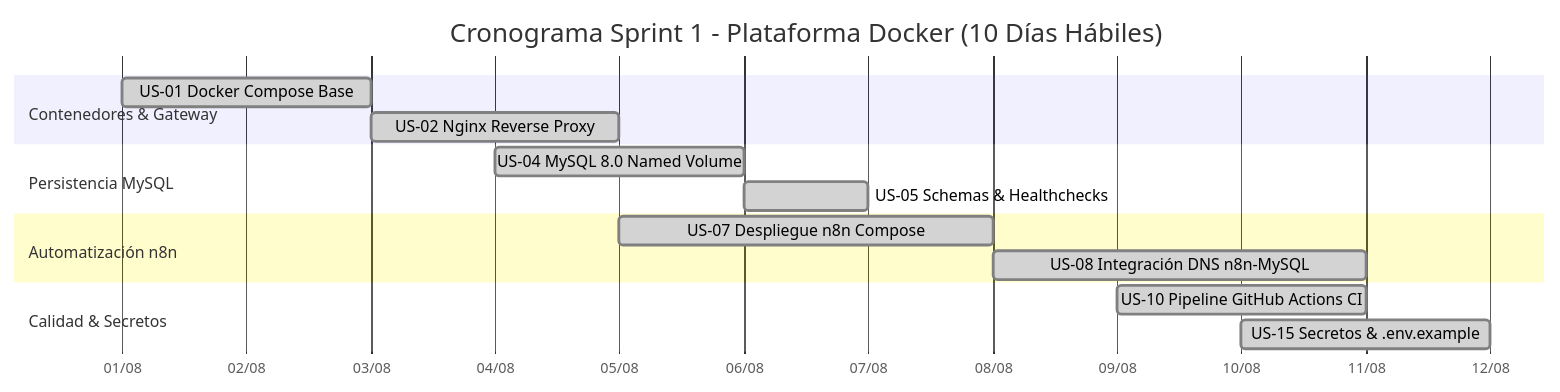
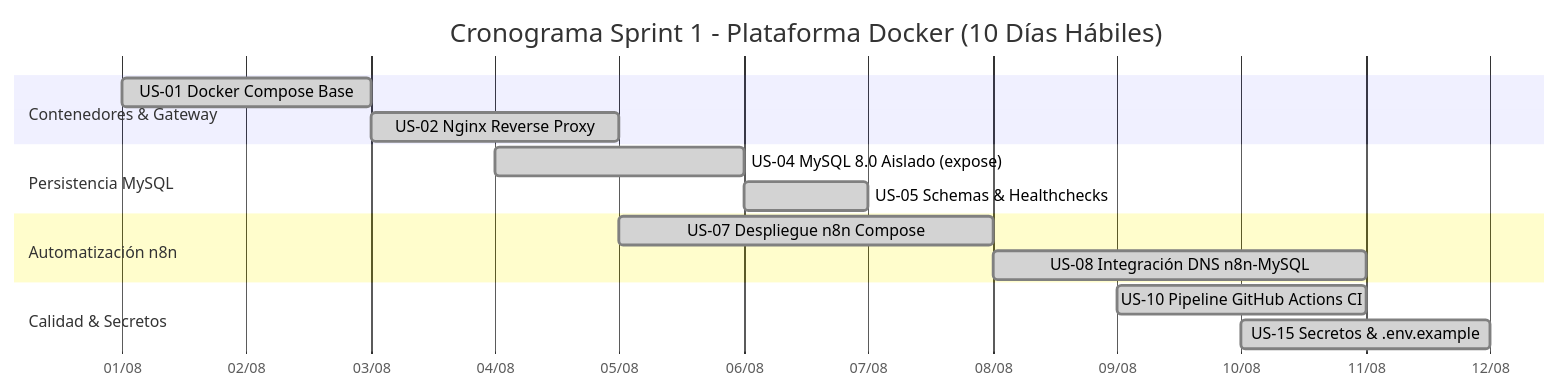
Before and after one commit to mmarcoschambi/apu-hia-26: the second of 3 diagrams in docs/informe_tp_scrum_2026.md, drawn with Mermaid. The commit also changed other lines of this file and 3 other files, not shown here.

````diff
--- a/docs/informe_tp_scrum_2026.md
+++ b/docs/informe_tp_scrum_2026.md
@@ -405,18 +400,18 @@
 ```mermaid
 gantt
     title Cronograma Sprint 1 - Plataforma Docker (10 Días Hábiles)
     dateFormat  YYYY-MM-DD
     axisFormat  %d/%m
     section Contenedores & Gateway
     US-01 Docker Compose Base         :done, t1, 2026-08-01, 2026-08-03
     US-02 Nginx Reverse Proxy         :done, t2, 2026-08-03, 2026-08-05
     section Persistencia MySQL
-    US-04 MySQL 8.0 Named Volume      :done, t3, 2026-08-04, 2026-08-06
+    US-04 MySQL 8.0 Aislado (expose)  :done, t3, 2026-08-04, 2026-08-06
     US-05 Schemas & Healthchecks      :done, t4, 2026-08-06, 2026-08-07
     section Automatización n8n
     US-07 Despliegue n8n Compose      :done, t5, 2026-08-05, 2026-08-08
     US-08 Integración DNS n8n-MySQL   :done, t6, 2026-08-08, 2026-08-11
     section Calidad & Secretos
     US-10 Pipeline GitHub Actions CI  :done, t7, 2026-08-09, 2026-08-11
     US-15 Secretos & .env.example     :done, t8, 2026-08-10, 2026-08-12
 ```
````
